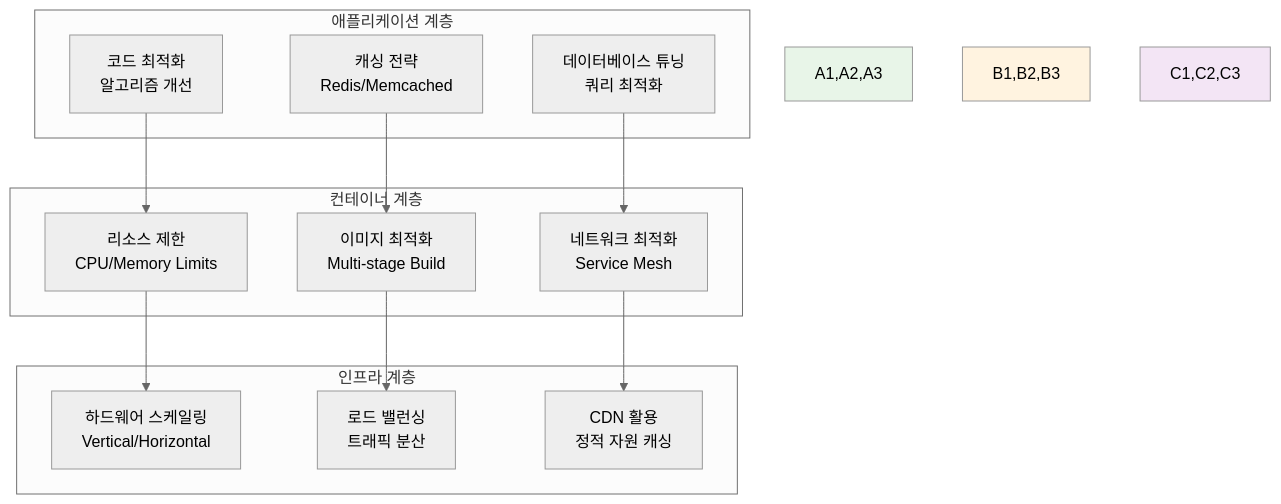
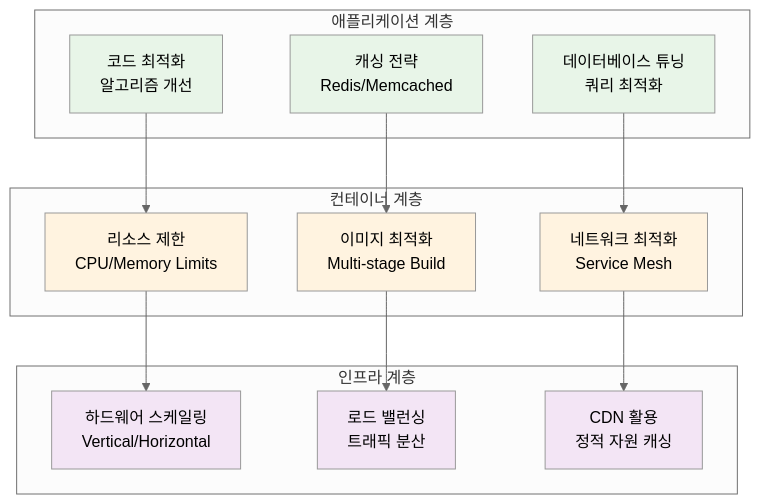
The fourth of 4 diagrams in theory/week_02/day3/session_1.md (niceguy61/kdt_devops_lecture_2025), drawn with Mermaid (neutral theme) before and after one commit. The commit also changed other lines of this file and 63 other files, not shown here.

````diff
--- a/theory/week_02/day3/session_1.md
+++ b/theory/week_02/day3/session_1.md
@@ -168,28 +173,34 @@
 ```mermaid
 graph TB
     subgraph "애플리케이션 계층"
         A1[코드 최적화<br/>알고리즘 개선]
         A2[캐싱 전략<br/>Redis/Memcached]
         A3[데이터베이스 튜닝<br/>쿼리 최적화]
     end
     
     subgraph "컨테이너 계층"
         B1[리소스 제한<br/>CPU/Memory Limits]
         B2[이미지 최적화<br/>Multi-stage Build]
         B3[네트워크 최적화<br/>Service Mesh]
     end
     
     subgraph "인프라 계층"
         C1[하드웨어 스케일링<br/>Vertical/Horizontal]
         C2[로드 밸런싱<br/>트래픽 분산]
         C3[CDN 활용<br/>정적 자원 캐싱]
     end
     
     A1 --> B1 --> C1
     A2 --> B2 --> C2
     A3 --> B3 --> C3
     
-    style A1,A2,A3 fill:#e8f5e8
-    style B1,B2,B3 fill:#fff3e0
-    style C1,C2,C3 fill:#f3e5f5
+    style A1 fill:#e8f5e8
+    style A2 fill:#e8f5e8
+    style A3 fill:#e8f5e8
+    style B1 fill:#fff3e0
+    style B2 fill:#fff3e0
+    style B3 fill:#fff3e0
+    style C1 fill:#f3e5f5
+    style C2 fill:#f3e5f5
+    style C3 fill:#f3e5f5
 ```
````
